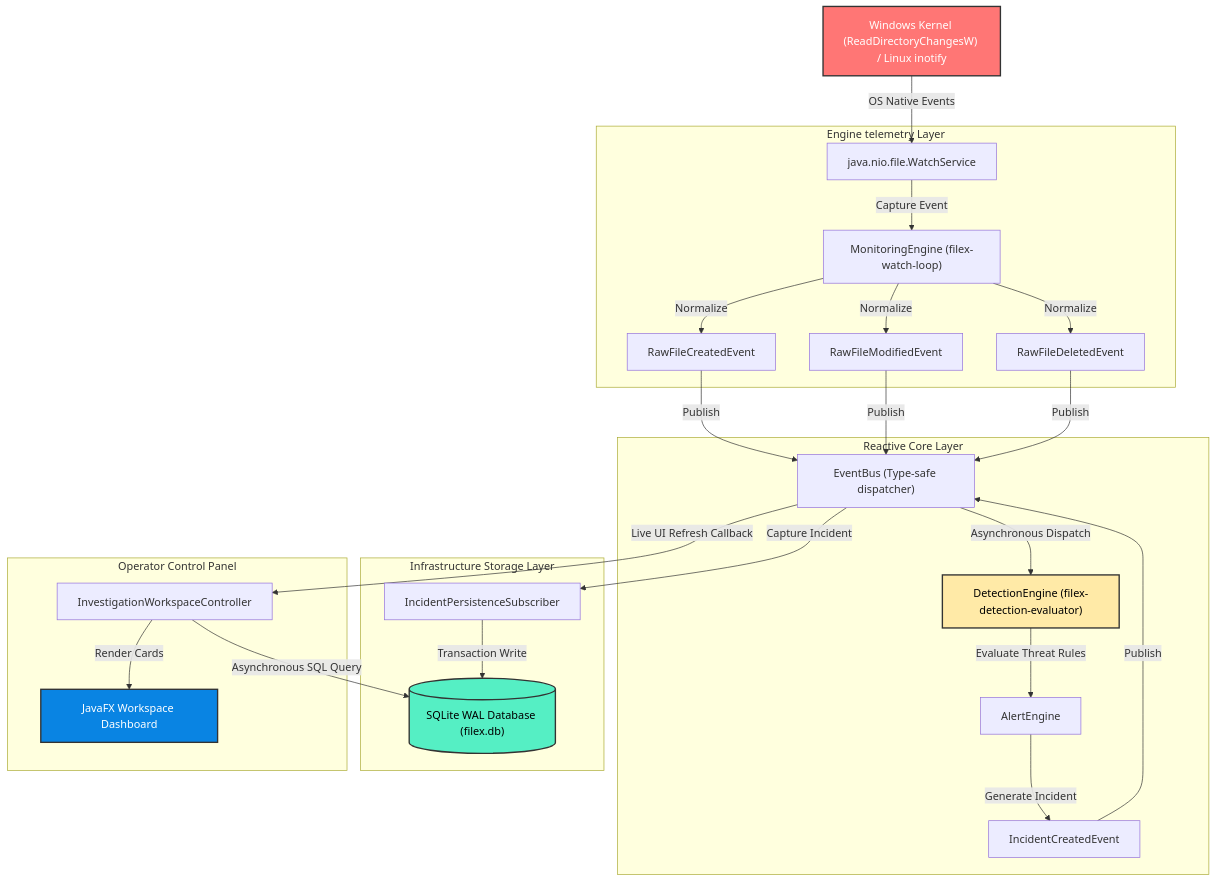
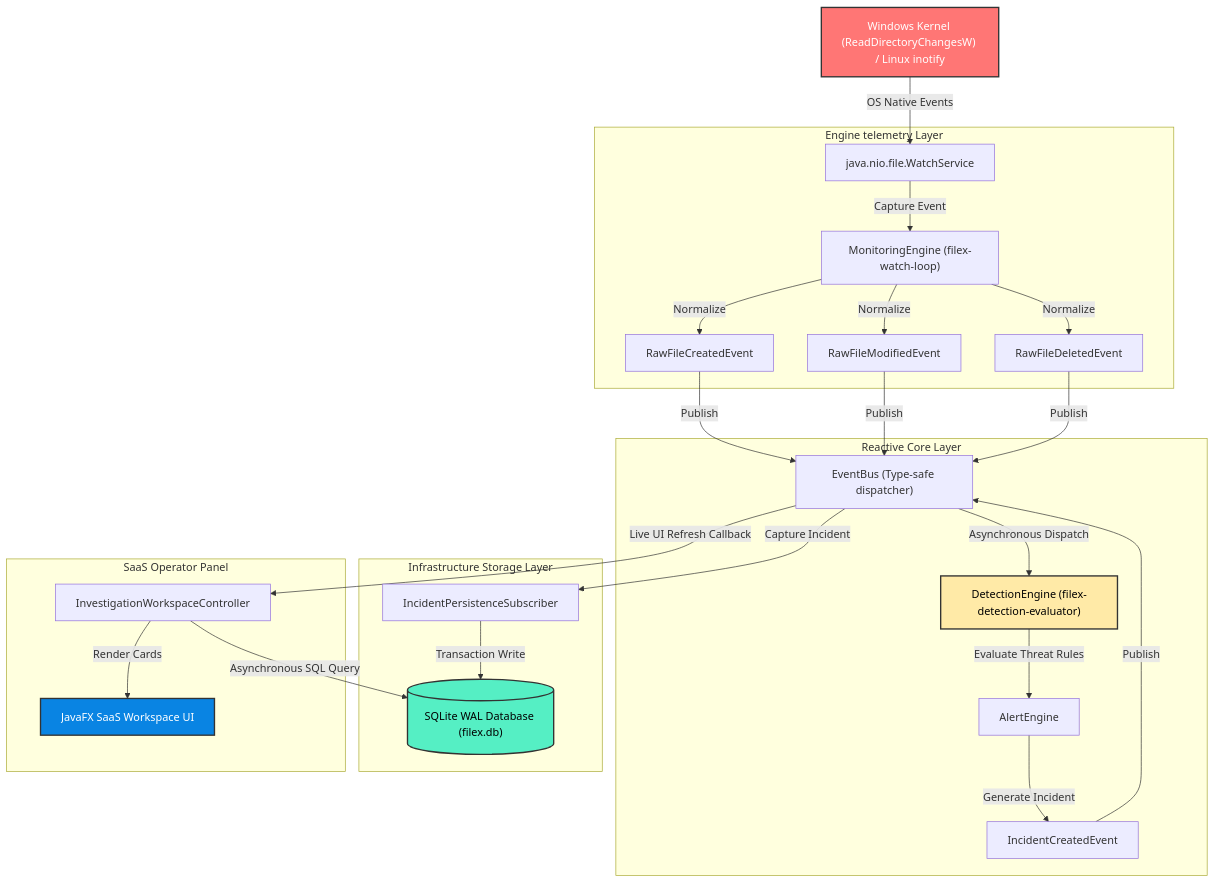
Before and after one commit to TSR0705/SnapStore: the first of 2 diagrams in README.md, drawn with Mermaid. The commit also changed other lines of this file and 32 other files, not shown here.

Commit message:
docs(oss): generate comprehensive FAANG-level technical documentation suite, issue/PR templates, CI/CD pipelines, and security roadmaps

````diff
--- a/README.md
+++ b/README.md
@@ -34,57 +38,57 @@
 ```mermaid
 graph TD
     %% Core Nodes
     OS["Windows Kernel (ReadDirectoryChangesW) / Linux inotify"]
     
     subgraph Monitoring Pipeline [Engine telemetry Layer]
         WS["java.nio.file.WatchService"]
         ME["MonitoringEngine (filex-watch-loop)"]
         RC["RawFileCreatedEvent"]
         RM["RawFileModifiedEvent"]
         RD["RawFileDeletedEvent"]
     end
 
     subgraph Event & Threat Pipeline [Reactive Core Layer]
         EB["EventBus (Type-safe dispatcher)"]
         DE["DetectionEngine (filex-detection-evaluator)"]
         AE["AlertEngine"]
         IC["IncidentCreatedEvent"]
     end
 
     subgraph Forensic Persistence [Infrastructure Storage Layer]
         IPS["IncidentPersistenceSubscriber"]
         DB[("SQLite WAL Database (filex.db)")]
     end
 
-    subgraph Presentation & Operator UX [Operator Control Panel]
+    subgraph Presentation & Operator UX [SaaS Operator Panel]
         IWC["InvestigationWorkspaceController"]
-        UI["JavaFX Workspace Dashboard"]
+        UI["JavaFX SaaS Workspace UI"]
     end
 
     %% Pipeline Connections
     OS -->|OS Native Events| WS
     WS -->|Capture Event| ME
     ME -->|Normalize| RC
     ME -->|Normalize| RM
     ME -->|Normalize| RD
     
     RC & RM & RD -->|Publish| EB
     EB -->|Asynchronous Dispatch| DE
     
     DE -->|Evaluate Threat Rules| AE
     AE -->|Generate Incident| IC
     IC -->|Publish| EB
     
     EB -->|Capture Incident| IPS
     IPS -->|Transaction Write| DB
     
     EB -->|Live UI Refresh Callback| IWC
     IWC -->|Asynchronous SQL Query| DB
     IWC -->|Render Cards| UI
 
     %% Custom Styling
     style OS fill:#ff7675,stroke:#333,stroke-width:2px,color:#fff
     style DB fill:#55efc4,stroke:#333,stroke-width:2px,color:#000
     style UI fill:#0984e3,stroke:#333,stroke-width:2px,color:#fff
     style DE fill:#ffeaa7,stroke:#333,stroke-width:2px,color:#000
 ```
````
